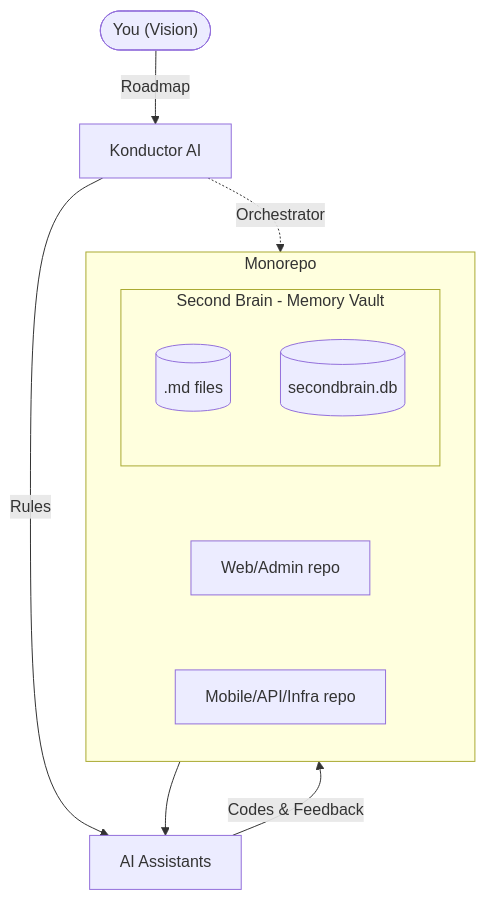
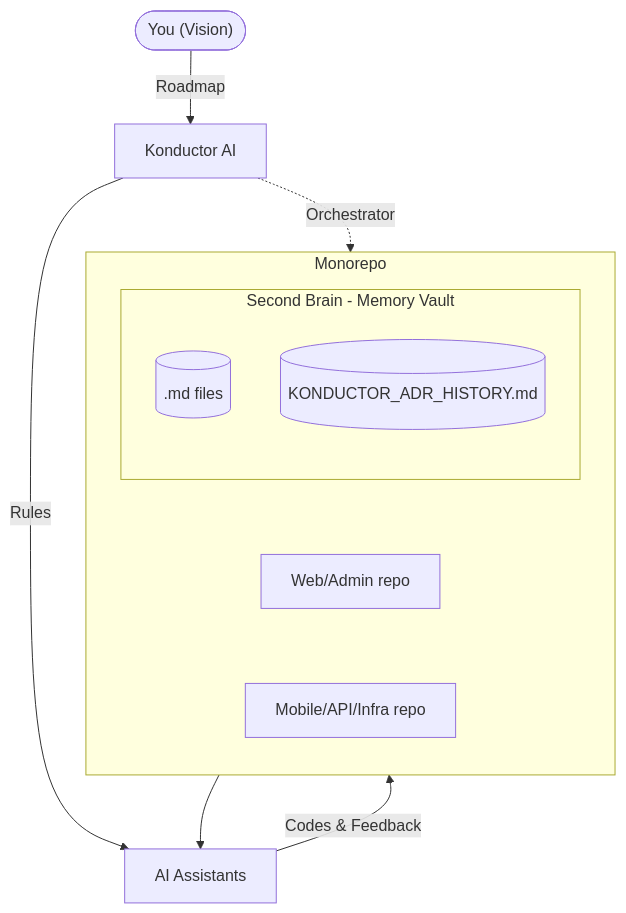
One commit to AlphaBitsCode/konductor-workflow changed the diagram in README.md. Above: the diagram before and after it, drawn with Mermaid. The commit also changed other lines of this file and 28 other files, not shown here.

````diff
--- a/README.md
+++ b/README.md
@@ -73,22 +89,22 @@
 ```mermaid
 flowchart TD
     User(["You (Vision)"]) -->|Roadmap| Core["Konductor AI"]
     Core -->|Rules| AI["AI Assistants"]
     
     subgraph Repo [Monorepo]
         direction TD
         subgraph Vault [Second Brain - Memory Vault]
             direction TD
             Memory[(".md files")]
-            SQLiteVec[("secondbrain.db")]
+            History[("KONDUCTOR_ADR_HISTORY.md")]
         end
         ProjectA["Web/Admin repo"]
         ProjectB["Mobile/API/Infra repo"]
         
         Vault ~~~ ProjectA ~~~ ProjectB
     end
 
     Core -. Orchestrator .-> Repo
     AI -->|Codes & Feedback| Repo
     Repo --> AI
 ```
````
